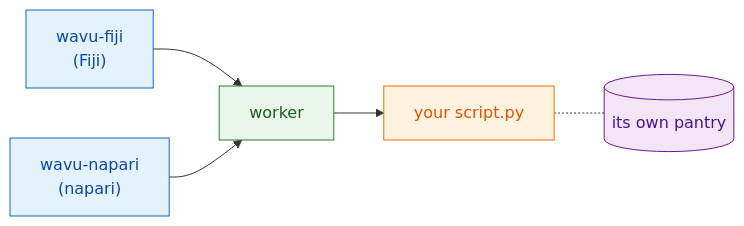
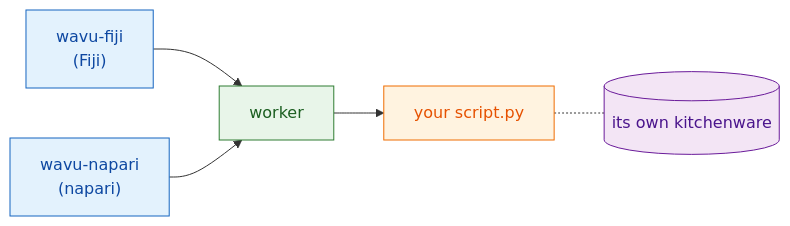
One commit to Oxford-Zeiss-Centre-of-Excellence/Wavu changed the diagram in guide/model/what-is-wavu.md. Above: the diagram before and after it, drawn with Mermaid. The commit also changed other lines of this file and 221 other files, not shown here.

````diff
--- a/guide/model/what-is-wavu.md
+++ b/guide/model/what-is-wavu.md
@@ -38,17 +39,17 @@
 ```mermaid
 flowchart LR
     F["wavu-fiji<br/>(Fiji)"]:::fiji
     N["wavu-napari<br/>(napari)"]:::fiji
     W["worker"]:::worker
     S["your script.py"]:::script
-    E[("its own pantry")]:::env
+    E[("its own kitchenware")]:::env
     F --> W
     N --> W
     W --> S
     S -.- E
 
     classDef fiji   fill:#e3f2fd,stroke:#1565c0,color:#0d47a1
     classDef worker fill:#e8f5e9,stroke:#2e7d32,color:#1b5e20
     classDef script fill:#fff3e0,stroke:#ef6c00,color:#e65100
     classDef env    fill:#f3e5f5,stroke:#6a1b9a,color:#4a148c
 ```
````
